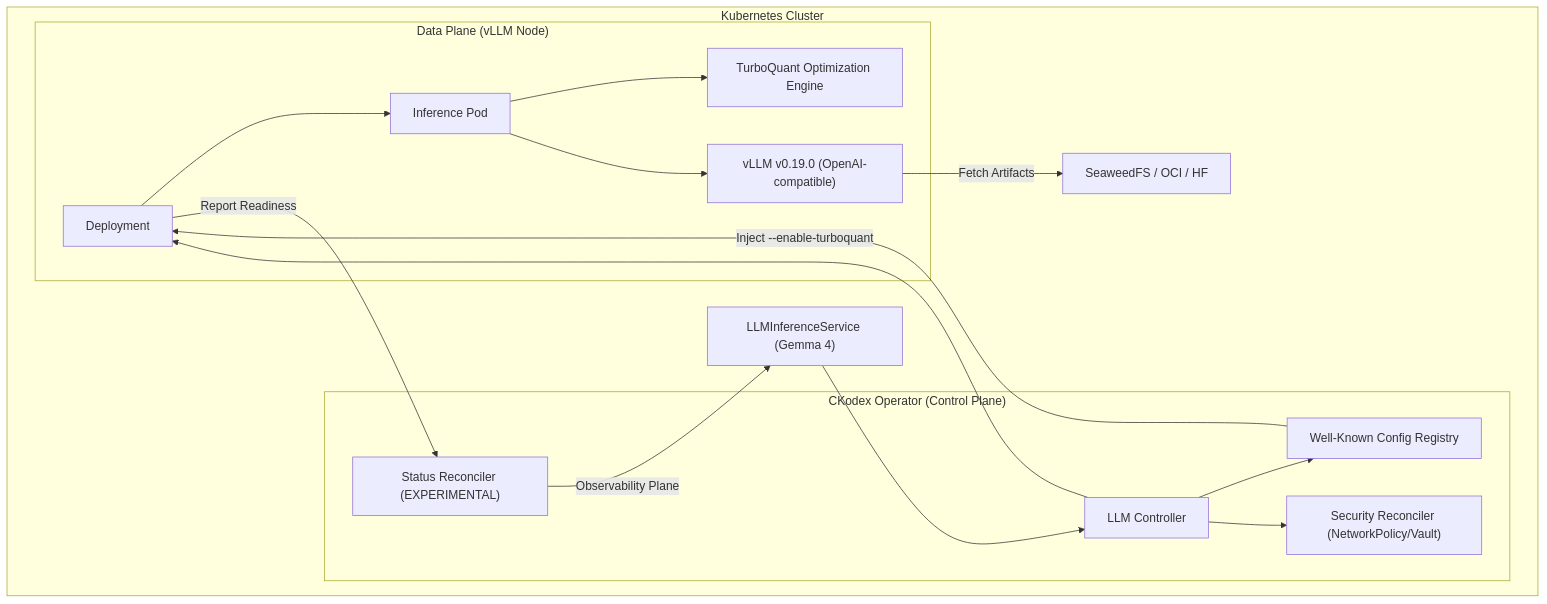
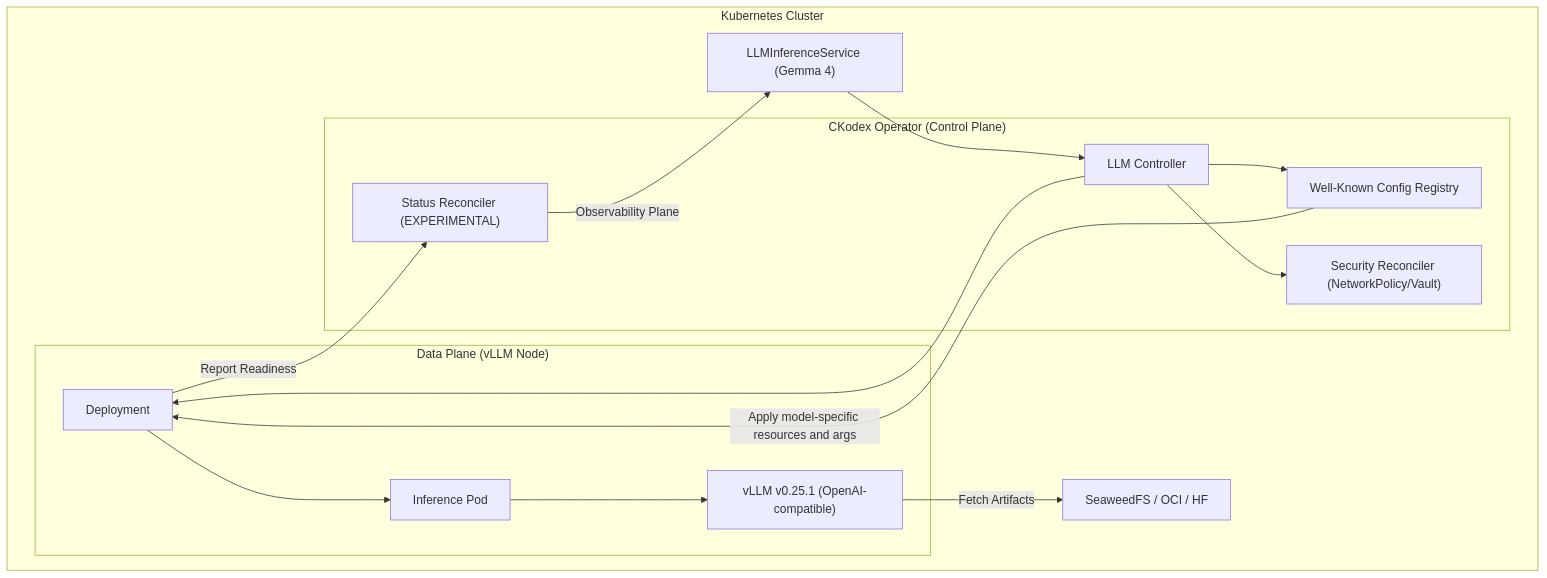
The diagram in docs/GEMMA_4_PERFORMANCE_REPORT.md (ckodex-labs/ckodex-kserve-llm), drawn with Mermaid before and after one commit. The commit also changed other lines of this file and 53 other files, not shown here.

````diff
--- a/docs/GEMMA_4_PERFORMANCE_REPORT.md
+++ b/docs/GEMMA_4_PERFORMANCE_REPORT.md
@@ -9,35 +9,33 @@
 ```mermaid
 graph TD
     subgraph "Kubernetes Cluster"
         LLMSVC["LLMInferenceService (Gemma 4)"]
         
         subgraph "CKodex Operator (Control Plane)"
             CTRL["LLM Controller"]
             RECON["Status Reconciler (EXPERIMENTAL)"]
             WELL["Well-Known Config Registry"]
             SEC["Security Reconciler (NetworkPolicy/Vault)"]
         end
         
         subgraph "Data Plane (vLLM Node)"
             DEP["Deployment"]
             POD["Inference Pod"]
-            TQ["TurboQuant Optimization Engine"]
-            VLLM["vLLM v0.19.0 (OpenAI-compatible)"]
+            VLLM["vLLM v0.25.1 (OpenAI-compatible)"]
         end
         
         STORAGE["SeaweedFS / OCI / HF"]
     end
 
     LLMSVC --> CTRL
     CTRL --> WELL
     CTRL --> SEC
     CTRL --> DEP
-    WELL -- "Inject --enable-turboquant" --> DEP
+    WELL -- "Apply model-specific resources and args" --> DEP
     DEP --> POD
-    POD --> TQ
     POD --> VLLM
     VLLM -- "Fetch Artifacts" --> STORAGE
     
     RECON -- "Observability Plane" --> LLMSVC
     DEP -- "Report Readiness" --> RECON
 ```
````
